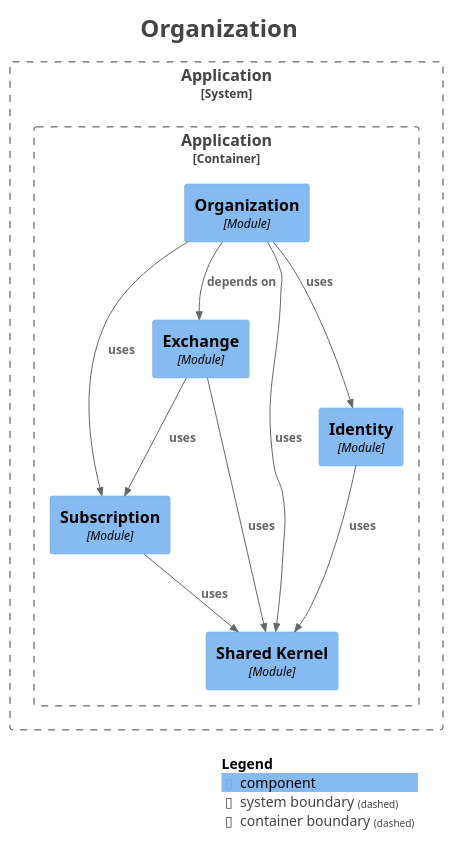
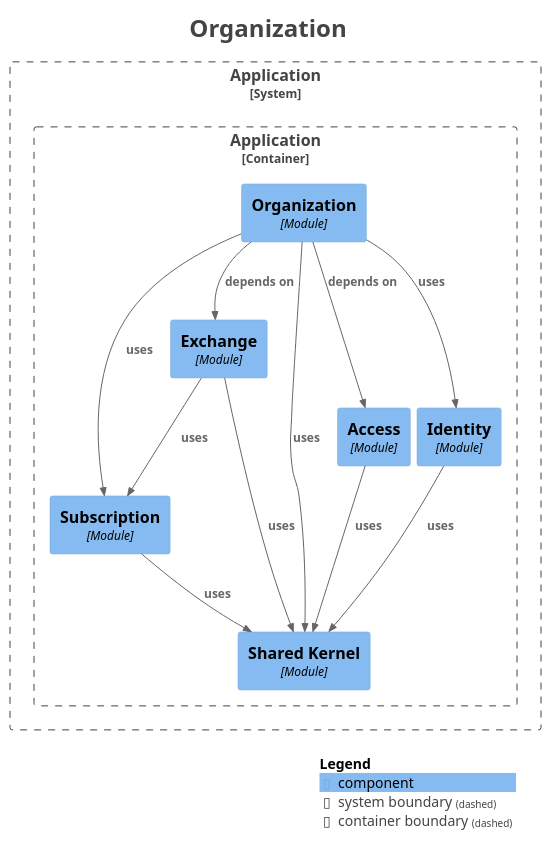
One commit to Paul-Ayesiga/enterprise-modulith-template changed the diagram in docs/modulith/module-organization.puml. Above: the diagram before and after it, drawn with PlantUML. The commit also changed 30 other files, not shown here.

First line of the commit message:
docs(MUST): api-guide + system-diagram for every overnight slice; spec re-filed

```diff
--- a/docs/modulith/module-organization.puml
+++ b/docs/modulith/module-organization.puml
@@ -1,40 +1,43 @@
 @startuml
 title <size:24>Organization</size>
 
 set separator none
 top to bottom direction
 
 <style>
   root {
     BackgroundColor: #ffffff
     FontColor: #444444
   }
 </style>
 
 !include <C4/C4>
 !include <C4/C4_Context>
 !include <C4/C4_Component>
 
 System_Boundary("Application_boundary", "Application", $tags="") {
   Container_Boundary("Application.Application_boundary", "Application", $tags="") {
     Component(Application.Application.Subscription, "Subscription", $techn="Module", $descr="", $tags="", $link="")
     Component(Application.Application.Exchange, "Exchange", $techn="Module", $descr="", $tags="", $link="")
     Component(Application.Application.Organization, "Organization", $techn="Module", $descr="", $tags="", $link="")
     Component(Application.Application.SharedKernel, "Shared Kernel", $techn="Module", $descr="", $tags="", $link="")
+    Component(Application.Application.Access, "Access", $techn="Module", $descr="", $tags="", $link="")
     Component(Application.Application.Identity, "Identity", $techn="Module", $descr="", $tags="", $link="")
   }
 
 }
 
-Rel(Application.Application.Identity, Application.Application.SharedKernel, "uses", $techn="", $tags="", $link="")
-Rel(Application.Application.Subscription, Application.Application.SharedKernel, "uses", $techn="", $tags="", $link="")
+Rel(Application.Application.Organization, Application.Application.Access, "depends on", $techn="", $tags="", $link="")
 Rel(Application.Application.Organization, Application.Application.Exchange, "depends on", $techn="", $tags="", $link="")
 Rel(Application.Application.Organization, Application.Application.Identity, "uses", $techn="", $tags="", $link="")
 Rel(Application.Application.Organization, Application.Application.SharedKernel, "uses", $techn="", $tags="", $link="")
 Rel(Application.Application.Organization, Application.Application.Subscription, "uses", $techn="", $tags="", $link="")
+Rel(Application.Application.Subscription, Application.Application.SharedKernel, "uses", $techn="", $tags="", $link="")
+Rel(Application.Application.Access, Application.Application.SharedKernel, "uses", $techn="", $tags="", $link="")
+Rel(Application.Application.Identity, Application.Application.SharedKernel, "uses", $techn="", $tags="", $link="")
 Rel(Application.Application.Exchange, Application.Application.SharedKernel, "uses", $techn="", $tags="", $link="")
 Rel(Application.Application.Exchange, Application.Application.Subscription, "uses", $techn="", $tags="", $link="")
 
 SHOW_LEGEND(true)
 hide stereotypes
 @enduml
```
